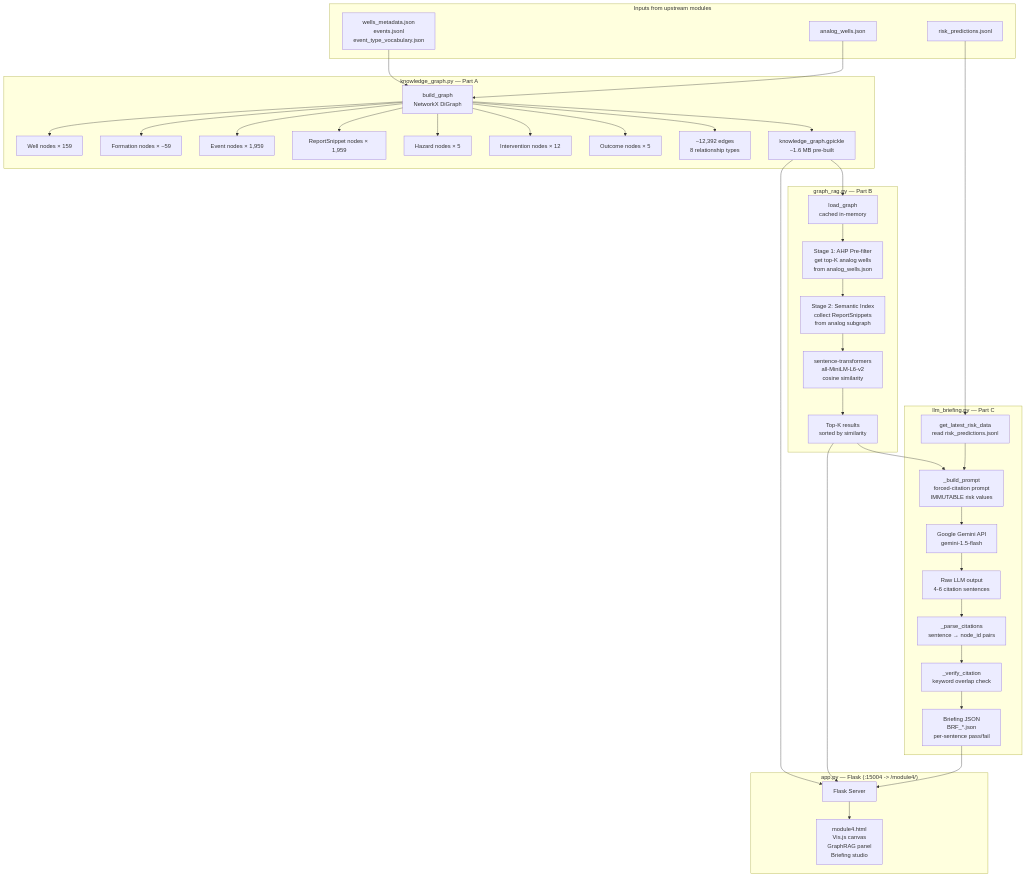
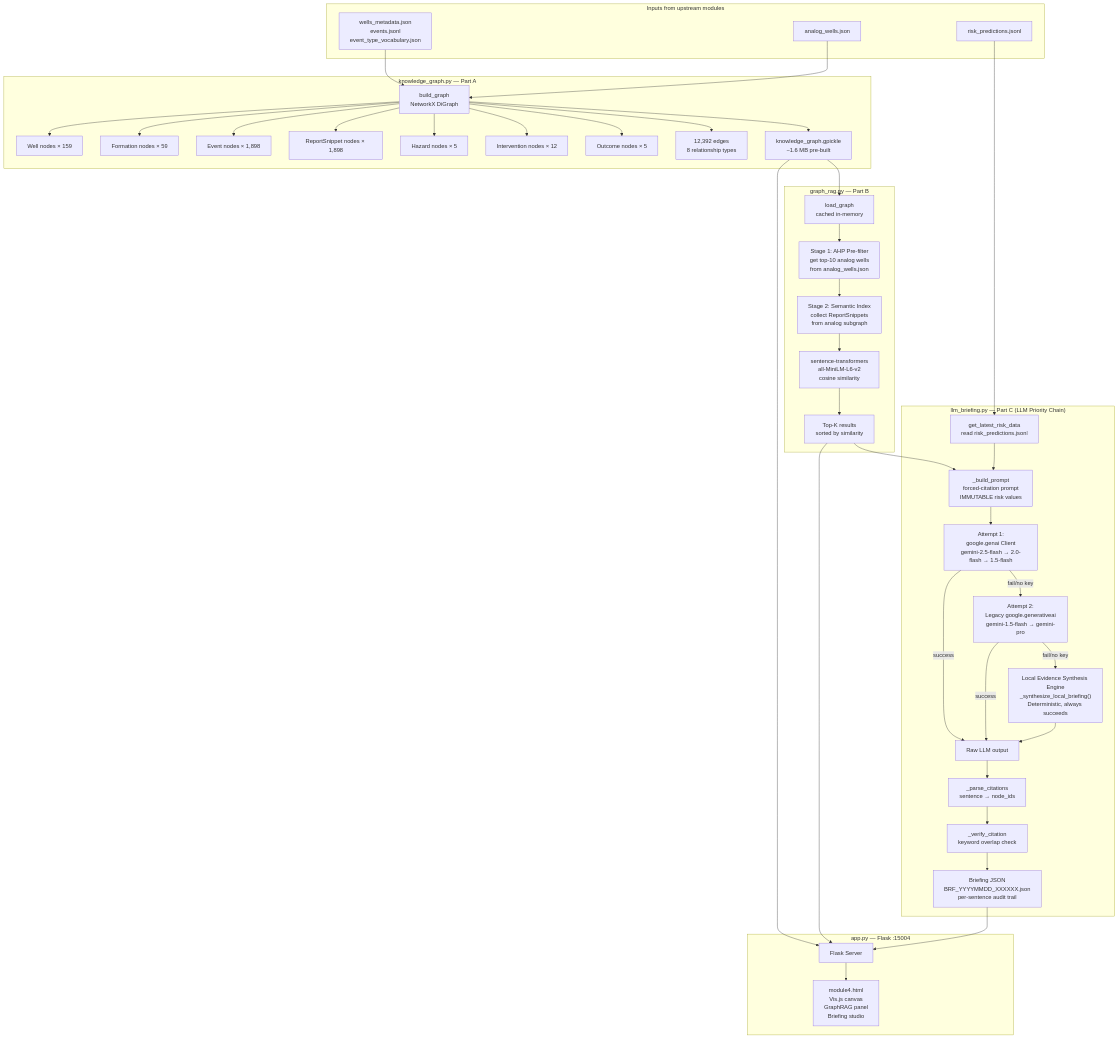
One commit to n3ssdub3y/SIH_2026_PLANNS changed the ninth of 16 diagrams in ARCHITECTURE.md. Above: the diagram before and after it, drawn with Mermaid. The commit also changed other lines of this file and 3 other files, not shown here.

Commit message:
update architecture, a unified project research doc and an antigravity arch update rule

````diff
--- a/ARCHITECTURE.md
+++ b/ARCHITECTURE.md
@@ -569,47 +607,51 @@
 ```mermaid
 graph TD
     subgraph "Inputs from upstream modules"
         M1["wells_metadata.json\nevents.jsonl\nevent_type_vocabulary.json"]
         M2["analog_wells.json"]
         M3["risk_predictions.jsonl"]
     end
 
     subgraph "knowledge_graph.py — Part A"
         M1 & M2 --> KGB["build_graph\nNetworkX DiGraph"]
         KGB --> N_WELL["Well nodes × 159"]
-        KGB --> N_FORM["Formation nodes × ~59"]
-        KGB --> N_EVT["Event nodes × 1,959"]
-        KGB --> N_SNIP["ReportSnippet nodes × 1,959"]
+        KGB --> N_FORM["Formation nodes × 59"]
+        KGB --> N_EVT["Event nodes × 1,898"]
+        KGB --> N_SNIP["ReportSnippet nodes × 1,898"]
         KGB --> N_HAZ["Hazard nodes × 5"]
         KGB --> N_INT["Intervention nodes × 12"]
         KGB --> N_OUT["Outcome nodes × 5"]
-        KGB --> EDGES["~12,392 edges\n8 relationship types"]
+        KGB --> EDGES["12,392 edges\n8 relationship types"]
         KGB --> GPK["knowledge_graph.gpickle\n~1.6 MB pre-built"]
     end
 
     subgraph "graph_rag.py — Part B"
         GPK --> LOAD["load_graph\ncached in-memory"]
-        LOAD --> STAGE1["Stage 1: AHP Pre-filter\nget top-K analog wells\nfrom analog_wells.json"]
+        LOAD --> STAGE1["Stage 1: AHP Pre-filter\nget top-10 analog wells\nfrom analog_wells.json"]
         STAGE1 --> STAGE2["Stage 2: Semantic Index\ncollect ReportSnippets\nfrom analog subgraph"]
         STAGE2 --> EMBED["sentence-transformers\nall-MiniLM-L6-v2\ncosine similarity"]
         EMBED --> TOPK["Top-K results\nsorted by similarity"]
     end
 
-    subgraph "llm_briefing.py — Part C"
+    subgraph "llm_briefing.py — Part C (LLM Priority Chain)"
         M3 --> RD["get_latest_risk_data\nread risk_predictions.jsonl"]
         TOPK --> PROMPT["_build_prompt\nforced-citation prompt\nIMMUTABLE risk values"]
         RD --> PROMPT
-        PROMPT --> GEM["Google Gemini API\ngemini-1.5-flash"]
-        GEM --> RAW["Raw LLM output\n4-6 citation sentences"]
-        RAW --> PARSE["_parse_citations\nsentence → node_id pairs"]
+        PROMPT --> ATTEMPT1["Attempt 1:\ngoogle.genai Client\ngemini-2.5-flash → 2.0-flash → 1.5-flash"]
+        ATTEMPT1 -->|"success"| RAW["Raw LLM output"]
+        ATTEMPT1 -->|"fail/no key"| ATTEMPT2["Attempt 2:\nLegacy google.generativeai\ngemini-1.5-flash → gemini-pro"]
+        ATTEMPT2 -->|"success"| RAW
+        ATTEMPT2 -->|"fail/no key"| LOCAL["Local Evidence Synthesis Engine\n_synthesize_local_briefing()\nDeterministic, always succeeds"]
+        LOCAL --> RAW
+        RAW --> PARSE["_parse_citations\nsentence → node_ids"]
         PARSE --> VERIFY["_verify_citation\nkeyword overlap check"]
-        VERIFY --> BRF["Briefing JSON\nBRF_*.json\nper-sentence pass/fail"]
+        VERIFY --> BRF["Briefing JSON\nBRF_YYYYMMDD_XXXXXX.json\nper-sentence audit trail"]
     end
 
-    subgraph "app.py — Flask (:15004 -> /module4/)"
+    subgraph "app.py — Flask :15004"
         GPK --> APP["Flask Server"]
         TOPK --> APP
         BRF --> APP
         APP --> UI["module4.html\nVis.js canvas\nGraphRAG panel\nBriefing studio"]
     end
 ```
````
